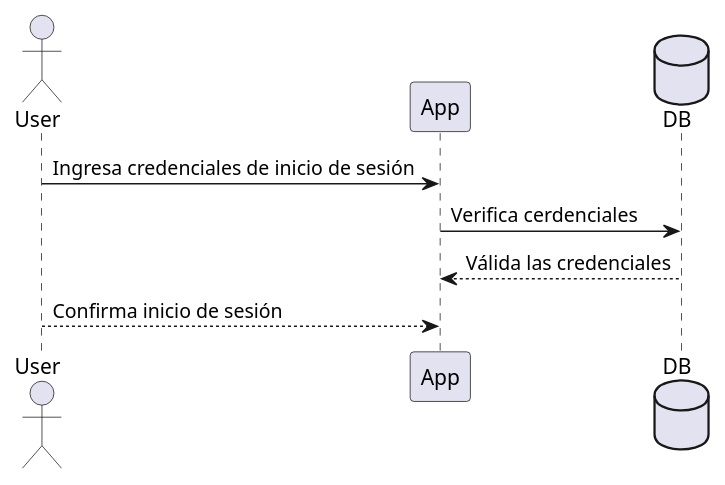
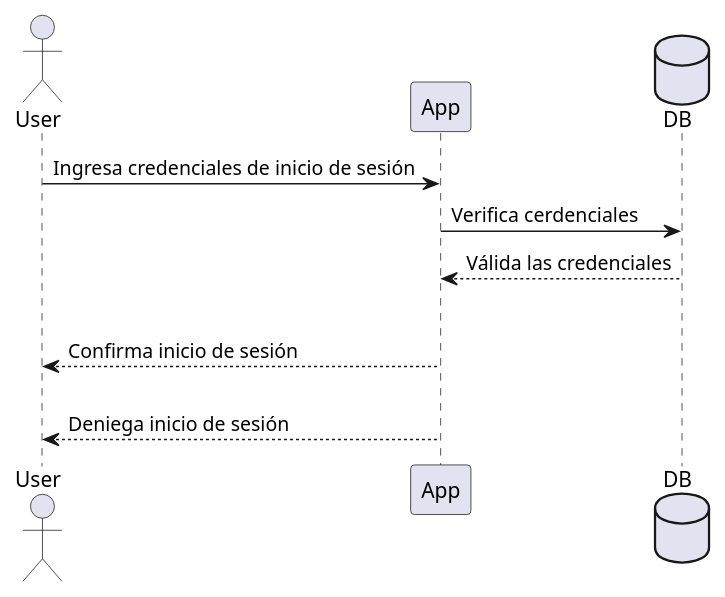
The second of 5 diagrams in docs/src/06_runtime_view.adoc (Arquisoft/wiq_es6b), drawn with PlantUML before and after one commit. The commit also changed other lines of this file and 1 other file, not shown here.

```diff
--- a/docs/src/06_runtime_view.adoc
+++ b/docs/src/06_runtime_view.adoc
@@ -24,11 +29,14 @@
 [plantuml,"Sequence diagram",png]
 ----
 actor User
 participant App
 database DB
 
 User -> App: Ingresa credenciales de inicio de sesión
 App -> DB: Verifica cerdenciales
 App <-- DB: Válida las credenciales
-User --> App:  Confirma inicio de sesión
+alt credenciales válidas
+    User <-- App:  Confirma inicio de sesión
+else credenciales inválidas
+    User <-- App:  Deniega inicio de sesión
 ----
```
